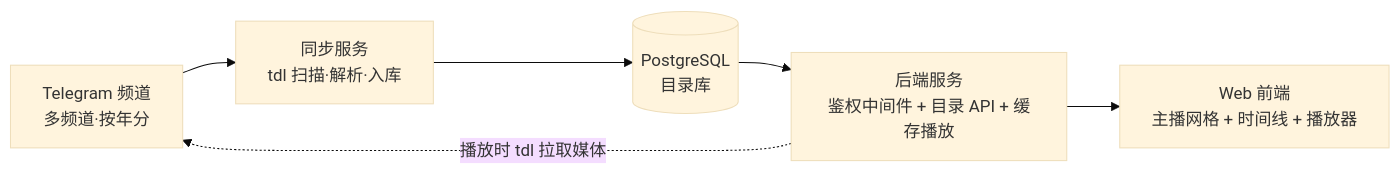
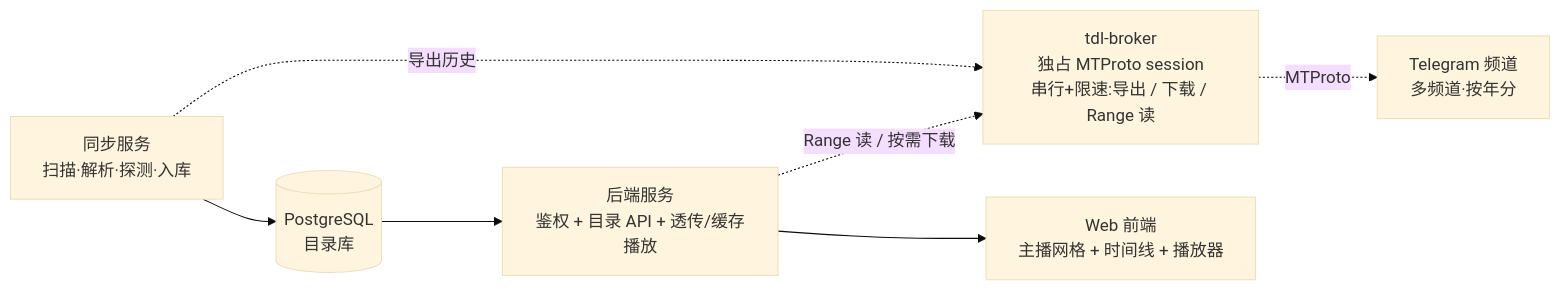
One commit to a186232641/TelegramOnlinePlayer changed the first of 2 diagrams in design.md. Above: the diagram before and after it, drawn with Mermaid (base theme). The commit also changed other lines of this file, not shown here.

````diff
--- a/design.md
+++ b/design.md
@@ -31,11 +36,14 @@
 ```mermaid
 flowchart LR
     TG["Telegram 频道<br/>多频道·按年分"]
-    SYNC["同步服务<br/>tdl 扫描·解析·入库"]
+    SYNC["同步服务<br/>扫描·解析·探测·入库"]
+    BROKER["tdl-broker<br/>独占 MTProto session<br/>串行+限速:导出 / 下载 / Range 读"]
     PG[("PostgreSQL<br/>目录库")]
-    BE["后端服务<br/>鉴权中间件 + 目录 API + 缓存播放"]
+    BE["后端服务<br/>鉴权 + 目录 API + 透传/缓存播放"]
     FE["Web 前端<br/>主播网格 + 时间线 + 播放器"]
 
-    TG --> SYNC --> PG --> BE --> FE
-    BE -. "播放时 tdl 拉取媒体" .-> TG
+    SYNC --> PG --> BE --> FE
+    SYNC -. "导出历史" .-> BROKER
+    BE -. "Range 读 / 按需下载" .-> BROKER
+    BROKER -. "MTProto" .-> TG
 ```
````
